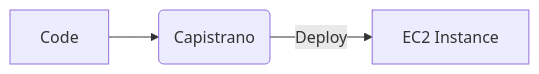
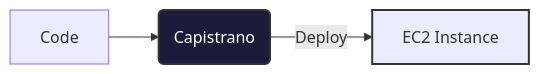
The sixth of 10 diagrams in README.md (bparanj/hivegrid.dev), drawn with Mermaid before and after one commit. The commit also changed other lines of this file, not shown here.

Commit message:
Revise diagrams

````diff
--- a/README.md
+++ b/README.md
@@ -255,5 +272,10 @@
 ```mermaid
 graph LR
     A[Code] --> B(Capistrano)
     B -- Deploy --> C[EC2 Instance]
+    
+    style B fill:#1C1B39,stroke:#333,stroke-width:2px,color:#fff
+    style C stroke:#333,stroke-width:2px
+    
+    class C server
 ```
````
